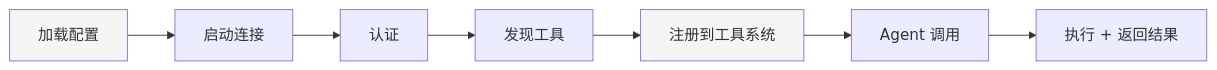
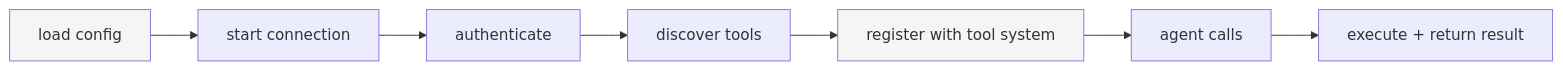
The second of 2 diagrams in wiki/09-mcp-skills-plugins.md (yibn2008/learn-codex), drawn with Mermaid before and after one commit. The commit also changed other lines of this file and 32 other files, not shown here.

````diff
--- a/wiki/09-mcp-skills-plugins.md
+++ b/wiki/09-mcp-skills-plugins.md
@@ -164,12 +166,12 @@
 ```mermaid
 graph LR
-    A[加载配置] --> B[启动连接]
-    B --> C[认证]
-    C --> D[发现工具]
-    D --> E[注册到工具系统]
-    E --> F[Agent 调用]
-    F --> G[执行 + 返回结果]
+    A[load config] --> B[start connection]
+    B --> C[authenticate]
+    C --> D[discover tools]
+    D --> E[register with tool system]
+    E --> F[agent calls]
+    F --> G[execute + return result]
 
     style A fill:#f5f5f5
     style E fill:#f5f5f5
 ```
````
